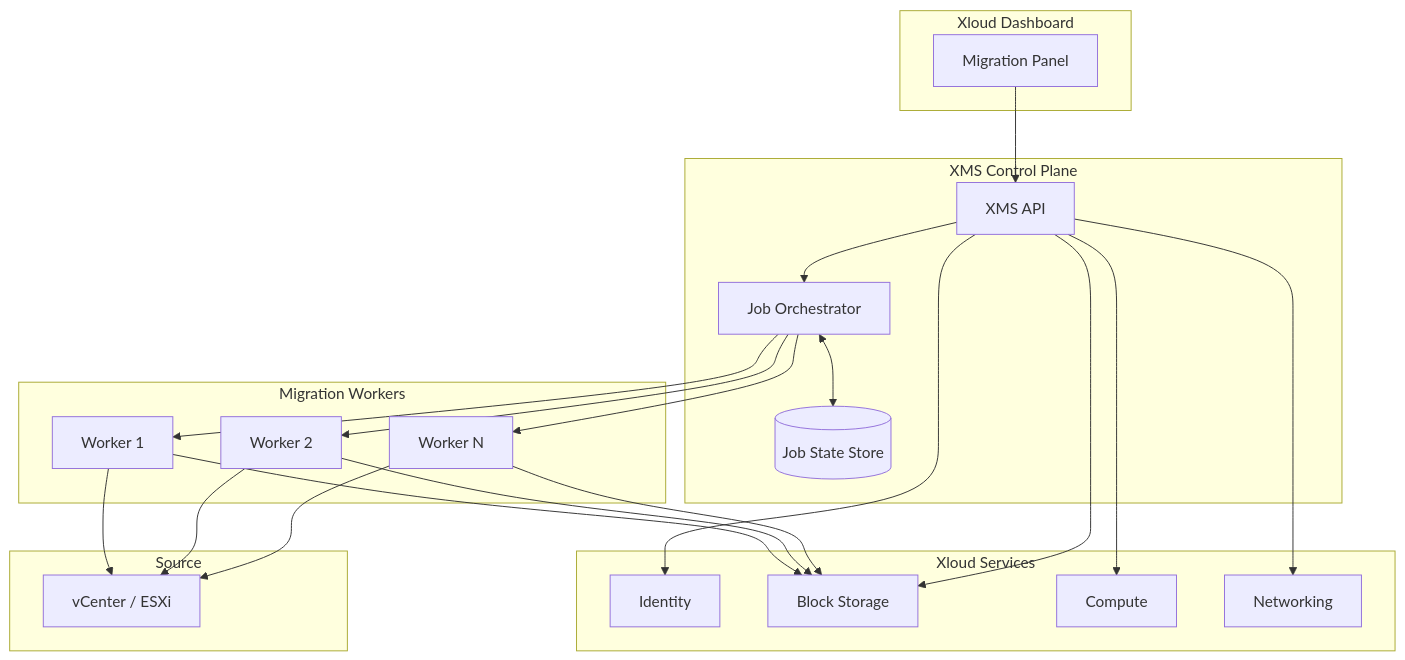
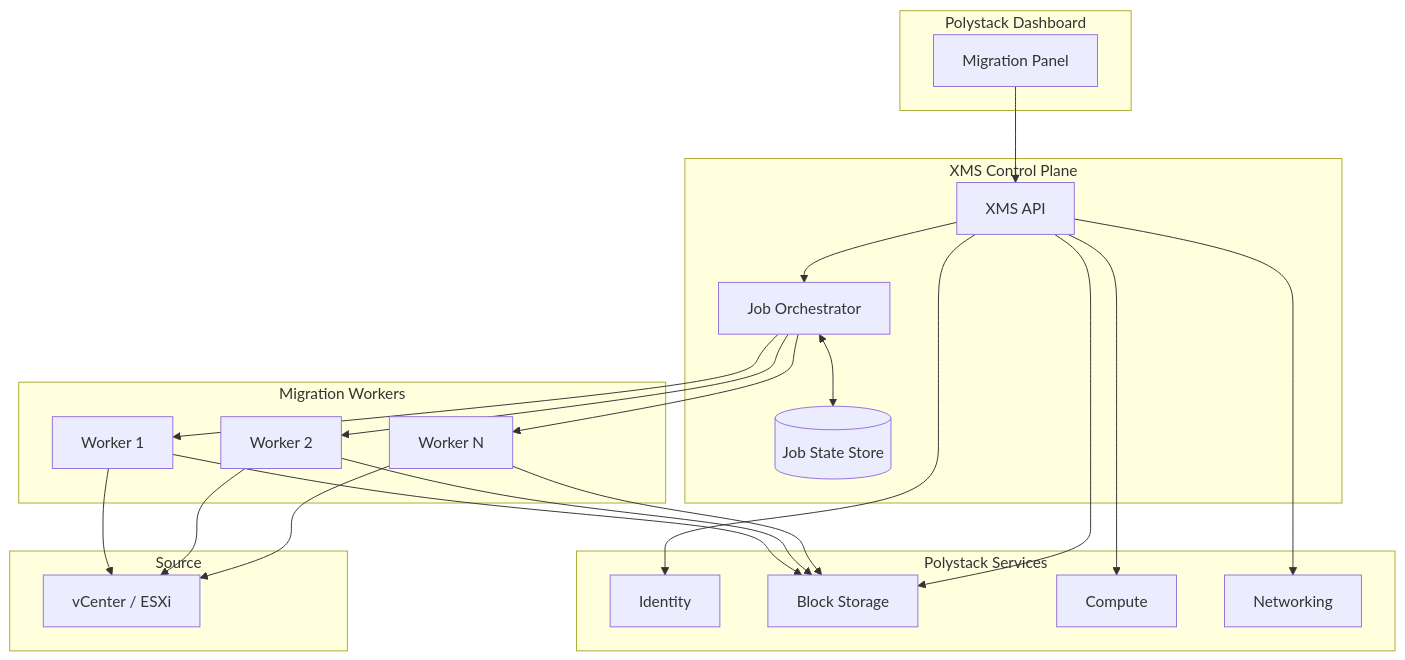
Before and after one commit to ankur-kumar87/docs-polystack: the first of 3 diagrams in services/migration/admin-guide/architecture.mdx, drawn with Mermaid. The commit also changed other lines of this file and 425 other files, not shown here.

````diff
--- a/services/migration/admin-guide/architecture.mdx
+++ b/services/migration/admin-guide/architecture.mdx
@@ -19,42 +19,42 @@
 ```mermaid
 graph TB
-    subgraph "Xloud Dashboard"
+    subgraph "Polystack Dashboard"
       UI["Migration Panel"]
     end
     subgraph "XMS Control Plane"
       API["XMS API"]
       ORCH["Job Orchestrator"]
       STATE[("Job State Store")]
     end
     subgraph "Migration Workers"
       W1["Worker 1"]
       W2["Worker 2"]
       WN["Worker N"]
     end
     subgraph "Source"
       VC["vCenter / ESXi"]
     end
-    subgraph "Xloud Services"
+    subgraph "Polystack Services"
       KS["Identity"]
       CI["Block Storage"]
       NO["Compute"]
       NE["Networking"]
     end
 
     UI --> API
     API --> ORCH
     ORCH <--> STATE
     ORCH --> W1
     ORCH --> W2
     ORCH --> WN
     W1 --> VC
     W2 --> VC
     WN --> VC
     W1 --> CI
     W2 --> CI
     WN --> CI
     API --> KS
     API --> CI
     API --> NO
     API --> NE
 ```
````
